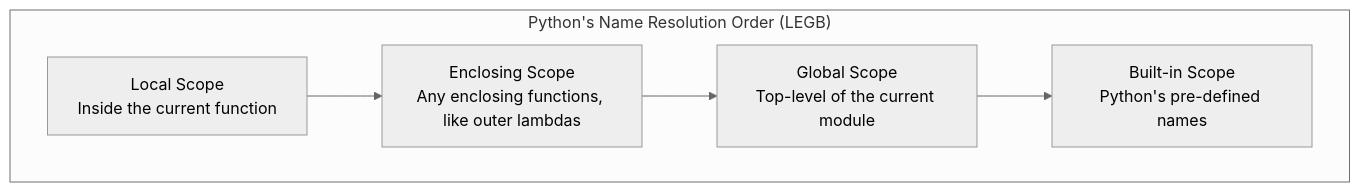
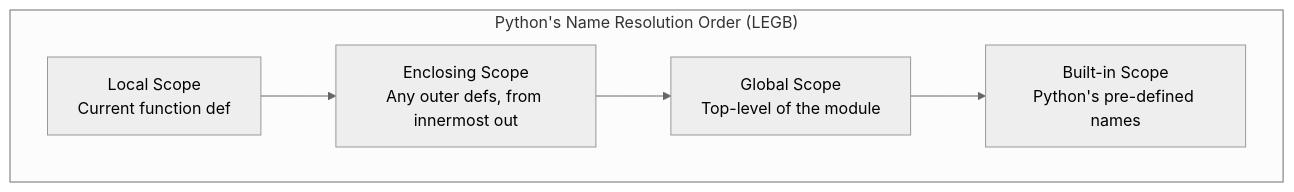
Before and after one commit to mehdihadeli/learn-python: the eighth of 21 diagrams in README.md, drawn with Mermaid (neutral theme). The commit also changed other lines of this file, not shown here.

````diff
--- a/README.md
+++ b/README.md
@@ -1213,9 +1279,9 @@
 ```mermaid
 graph TD
     subgraph "Python's Name Resolution Order (LEGB)"
         direction LR
-        L[Local Scope<br>Inside the current function] --> E[Enclosing Scope<br>Any enclosing functions, like outer lambdas];
-        E --> G[Global Scope<br>Top-level of the current module];
+        L[Local Scope<br>Current function def] --> E[Enclosing Scope<br>Any outer defs, from innermost out];
+        E --> G[Global Scope<br>Top-level of the module];
         G --> B[Built-in Scope<br>Python's pre-defined names];
     end
 ```
````
